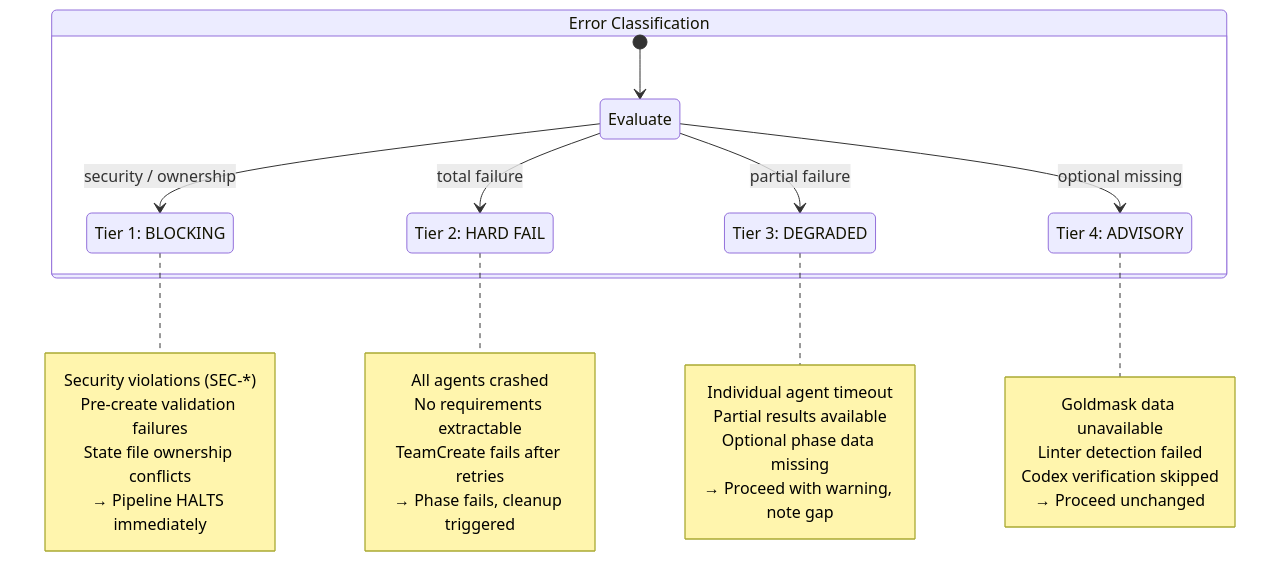
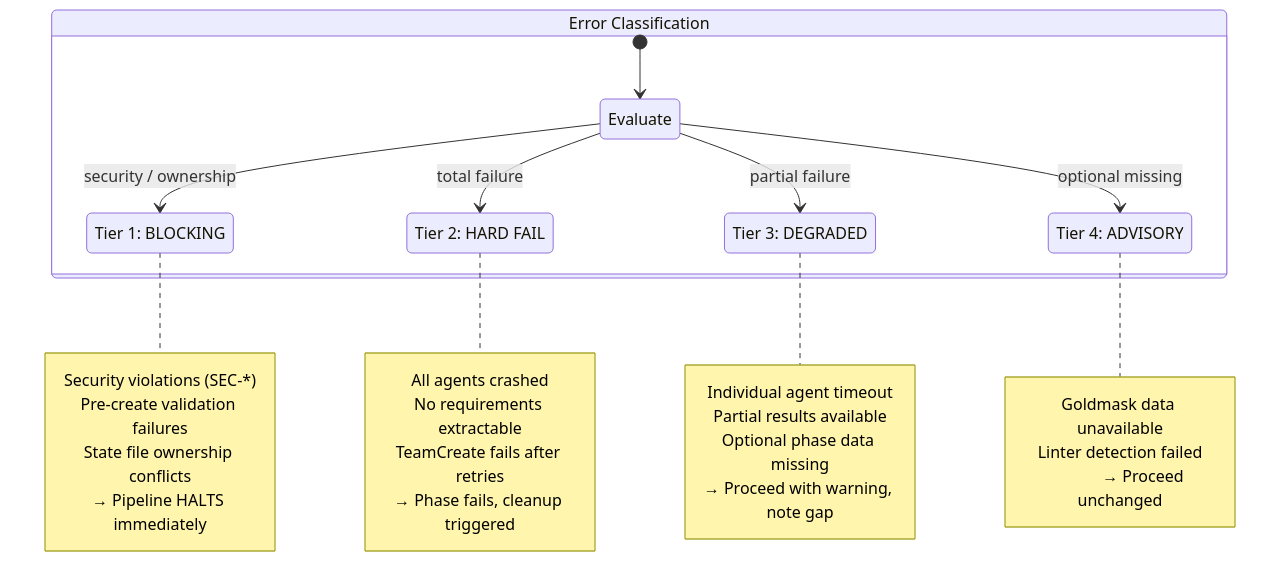
Before and after one commit to vinhnxv/rune: diagram 15 of 15 in docs/state-machine.md, drawn with Mermaid. The commit also changed other lines of this file and 23 other files, not shown here.

````diff
--- a/docs/state-machine.md
+++ b/docs/state-machine.md
@@ -1086,43 +1085,43 @@
 ```mermaid
 stateDiagram-v2
     state "Error Classification" as ErrorClass {
         [*] --> Evaluate
 
         state "Tier 1: BLOCKING" as Blocking
         note right of Blocking
             Security violations (SEC-*)
             Pre-create validation failures
             State file ownership conflicts
             → Pipeline HALTS immediately
         end note
 
         state "Tier 2: HARD FAIL" as HardFail
         note right of HardFail
             All agents crashed
             No requirements extractable
             TeamCreate fails after retries
             → Phase fails, cleanup triggered
         end note
 
         state "Tier 3: DEGRADED" as Degraded
         note right of Degraded
             Individual agent timeout
             Partial results available
             Optional phase data missing
             → Proceed with warning, note gap
         end note
 
         state "Tier 4: ADVISORY" as Advisory
         note right of Advisory
             Goldmask data unavailable
             Linter detection failed
-            Codex verification skipped
+            
             → Proceed unchanged
         end note
 
         Evaluate --> Blocking : security / ownership
         Evaluate --> HardFail : total failure
         Evaluate --> Degraded : partial failure
         Evaluate --> Advisory : optional missing
     }
 ```
````
